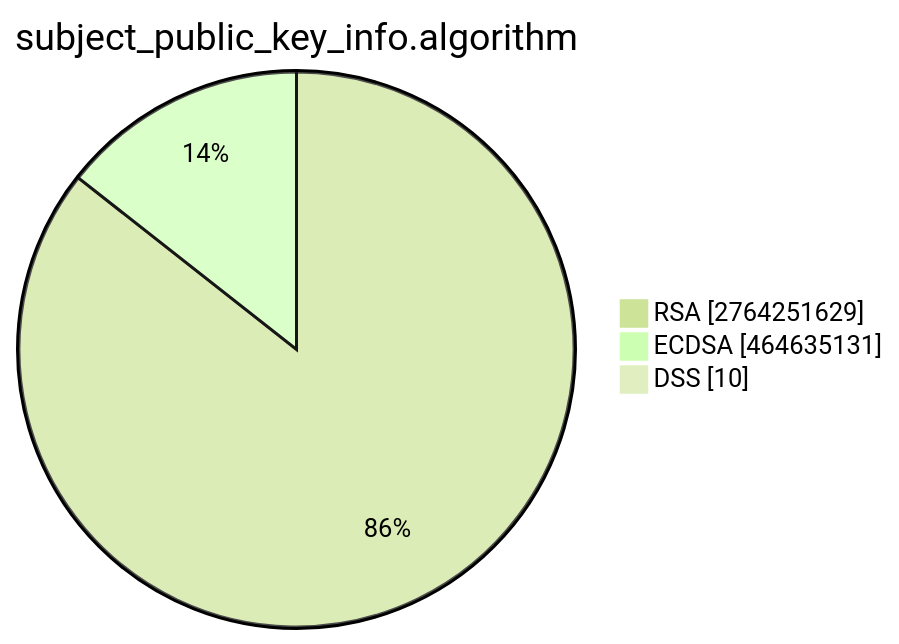
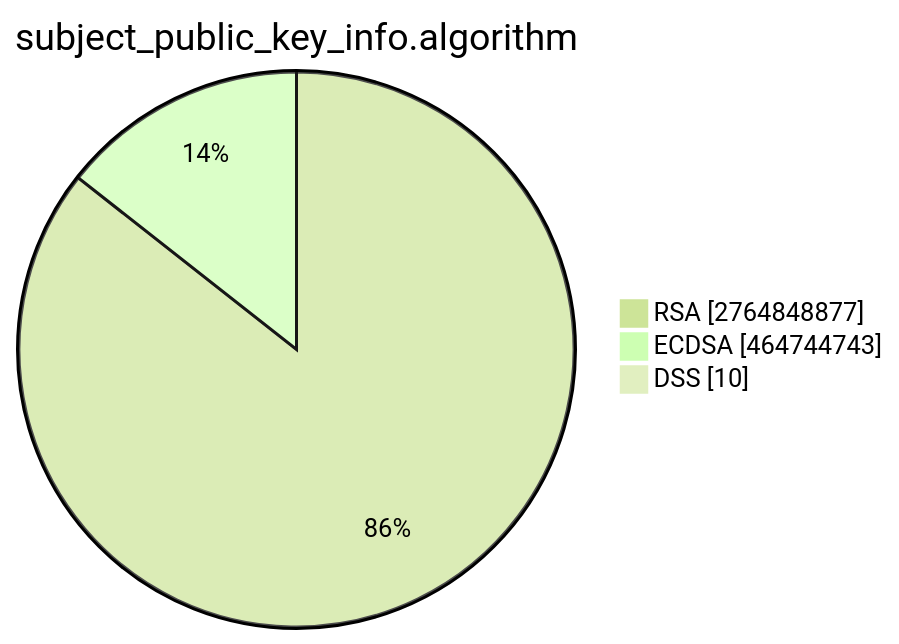
Before and after one commit to christiankrug/ctmonitor_visualization: the second of 15 diagrams in TOTAL/README.md, drawn with Mermaid (forest theme). The commit also changed other lines of this file, not shown here.

````diff
--- a/TOTAL/README.md
+++ b/TOTAL/README.md
@@ -6,7 +6,7 @@
 ```mermaid
 pie showData
 title subject_public_key_info.algorithm
-"RSA" :2764251629
-"ECDSA" :464635131
+"RSA" :2764848877
+"ECDSA" :464744743
 "DSS" :10
 ```
````
